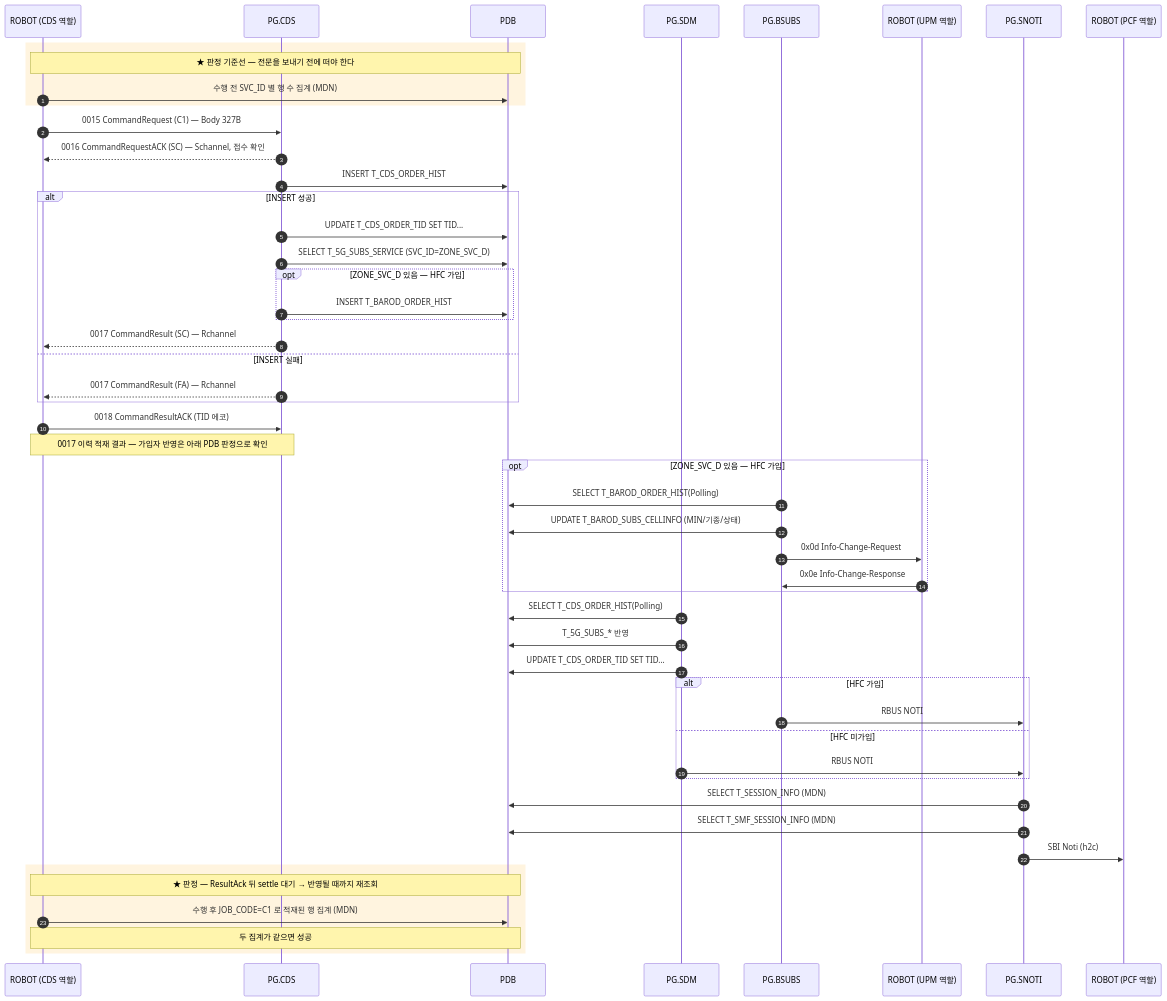
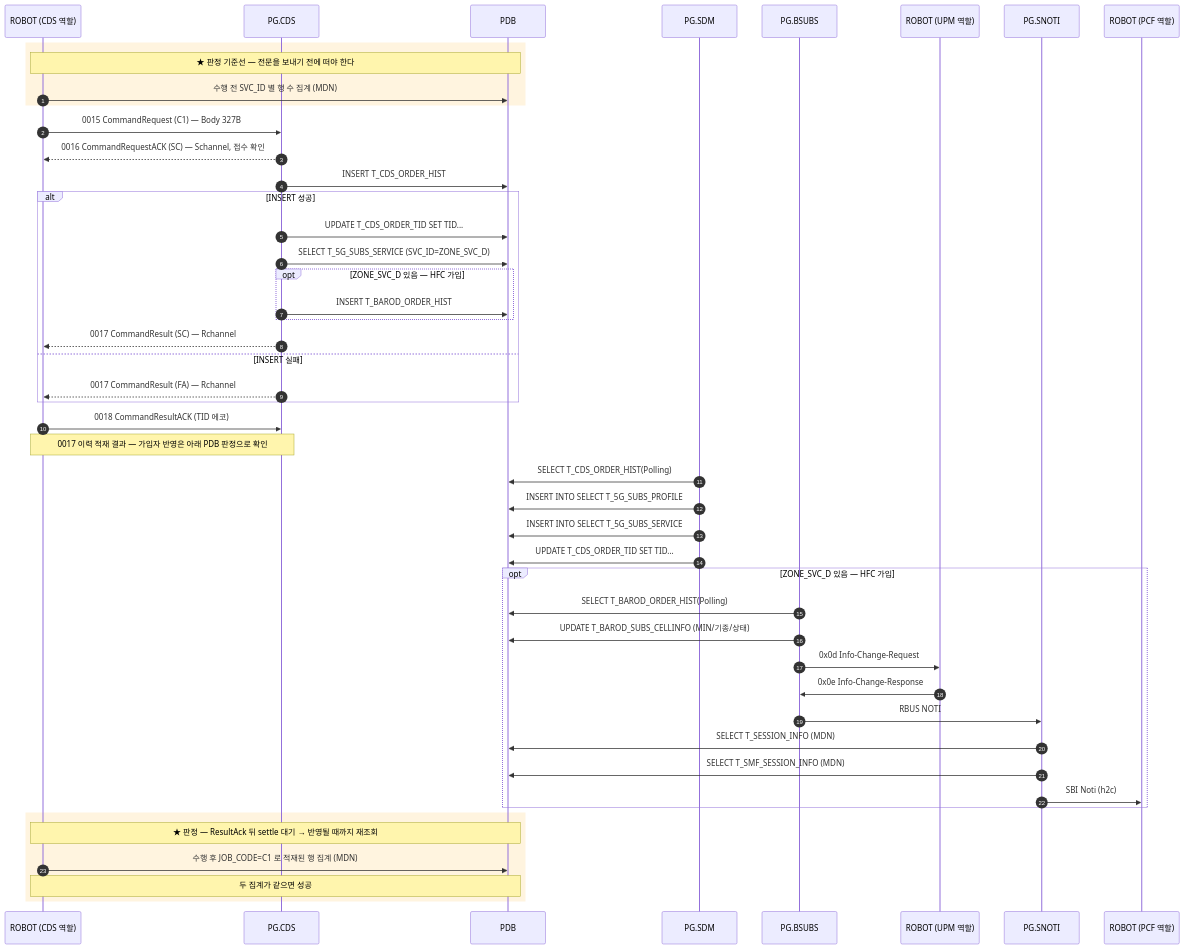
Before and after one commit to IanKim2030/tc4robot: the diagram in docs/callflow/CDS_C1.md, drawn with Mermaid. The commit also changed 4 other files, not shown here.

First line of the commit message:
docs(cds): SDM 을 BSUBS 위로, C1/G1 PDB 반영을 실제 SQL 로

````diff
--- a/docs/callflow/CDS_C1.md
+++ b/docs/callflow/CDS_C1.md
@@ -17,55 +17,52 @@
 ```mermaid
 sequenceDiagram
     autonumber
     participant TOOL as ROBOT (CDS 역할)
     participant PCDS as PG.CDS
     participant PDB as PDB
     participant SDM as PG.SDM
     participant BSUBS as PG.BSUBS
     participant UPM as ROBOT (UPM 역할)
     participant SNOTI as PG.SNOTI
     participant PCF as ROBOT (PCF 역할)
 
     rect rgba(255, 176, 32, 0.14)
     Note over TOOL,PDB: ★ 판정 기준선 — 전문을 보내기 전에 떠야 한다
         TOOL->>PDB: 수행 전 SVC_ID 별 행 수 집계 (MDN)
     end
     TOOL->>PCDS: 0015 CommandRequest (C1) — Body 327B
     PCDS-->>TOOL: 0016 CommandRequestACK (SC) — Schannel, 접수 확인
     PCDS->>PDB: INSERT T_CDS_ORDER_HIST
     alt INSERT 성공
         PCDS->>PDB: UPDATE T_CDS_ORDER_TID SET TID...
         PCDS->>PDB: SELECT T_5G_SUBS_SERVICE (SVC_ID=ZONE_SVC_D)
         opt ZONE_SVC_D 있음 — HFC 가입
             PCDS->>PDB: INSERT T_BAROD_ORDER_HIST
         end
         PCDS-->>TOOL: 0017 CommandResult (SC) — Rchannel
     else INSERT 실패
         PCDS-->>TOOL: 0017 CommandResult (FA) — Rchannel
     end
     TOOL->>PCDS: 0018 CommandResultACK (TID 에코)
     Note over TOOL,PCDS: 0017 이력 적재 결과 — 가입자 반영은 아래 PDB 판정으로 확인
 
+    SDM->>PDB: SELECT T_CDS_ORDER_HIST(Polling)
+    SDM->>PDB: INSERT INTO SELECT T_5G_SUBS_PROFILE
+    SDM->>PDB: INSERT INTO SELECT T_5G_SUBS_SERVICE
+    SDM->>PDB: UPDATE T_CDS_ORDER_TID SET TID...
     opt ZONE_SVC_D 있음 — HFC 가입
         BSUBS->>PDB: SELECT T_BAROD_ORDER_HIST(Polling)
         BSUBS->>PDB: UPDATE T_BAROD_SUBS_CELLINFO (MIN/기종/상태)
         BSUBS->>UPM: 0x0d Info-Change-Request
         UPM->>BSUBS: 0x0e Info-Change-Response
+        BSUBS->>SNOTI: RBUS NOTI
+        SNOTI->>PDB: SELECT T_SESSION_INFO (MDN)
+        SNOTI->>PDB: SELECT T_SMF_SESSION_INFO (MDN)
+        SNOTI->>PCF: SBI Noti (h2c)
     end
-    SDM->>PDB: SELECT T_CDS_ORDER_HIST(Polling)
-    SDM->>PDB: T_5G_SUBS_* 반영
-    SDM->>PDB: UPDATE T_CDS_ORDER_TID SET TID...
-    alt HFC 가입
-        BSUBS->>SNOTI: RBUS NOTI
-    else HFC 미가입
-        SDM->>SNOTI: RBUS NOTI
-    end
-    SNOTI->>PDB: SELECT T_SESSION_INFO (MDN)
-    SNOTI->>PDB: SELECT T_SMF_SESSION_INFO (MDN)
-    SNOTI->>PCF: SBI Noti (h2c)
     rect rgba(255, 176, 32, 0.14)
     Note over TOOL,PDB: ★ 판정 — ResultAck 뒤 settle 대기 → 반영될 때까지 재조회
         TOOL->>PDB: 수행 후 JOB_CODE=C1 로 적재된 행 집계 (MDN)
         Note over TOOL,PDB: 두 집계가 같으면 성공
     end
 ```
````
